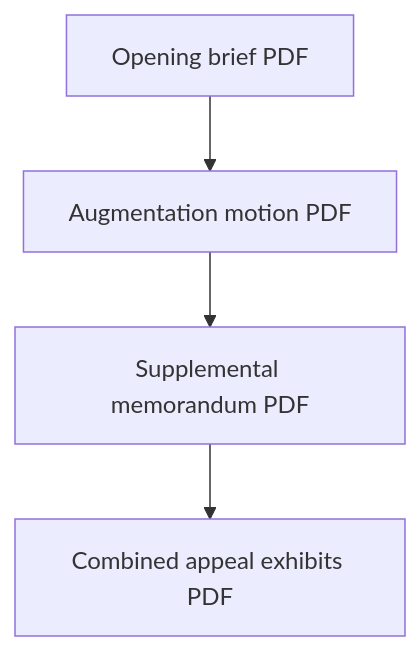
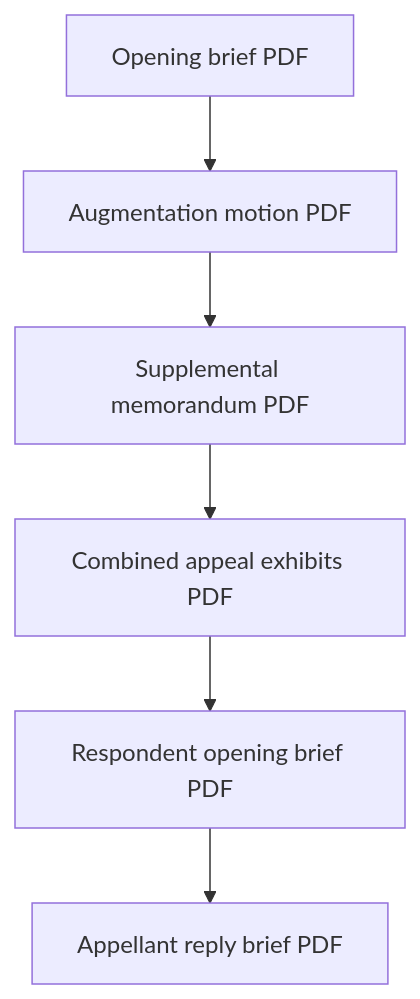
One commit to Municipal-Public-Trust-in-A-i/CSAA-ABDELHALIM-WONG-PSA-CSK changed the diagram in timelines/appeal-A173827.md. Above: the diagram before and after it, drawn with Mermaid. The commit also changed other lines of this file and 17 other files, not shown here.

````diff
--- a/timelines/appeal-A173827.md
+++ b/timelines/appeal-A173827.md
@@ -17,10 +24,14 @@
 ```mermaid
 flowchart TB
   A1["Opening brief PDF"]
   A2["Augmentation motion PDF"]
   A3["Supplemental memorandum PDF"]
   A4["Combined appeal exhibits PDF"]
+  RB["Respondent opening brief PDF"]
+  ARB["Appellant reply brief PDF"]
   A1 --> A2
   A2 --> A3
   A3 --> A4
+  A4 --> RB
+  RB --> ARB
 ```
````
